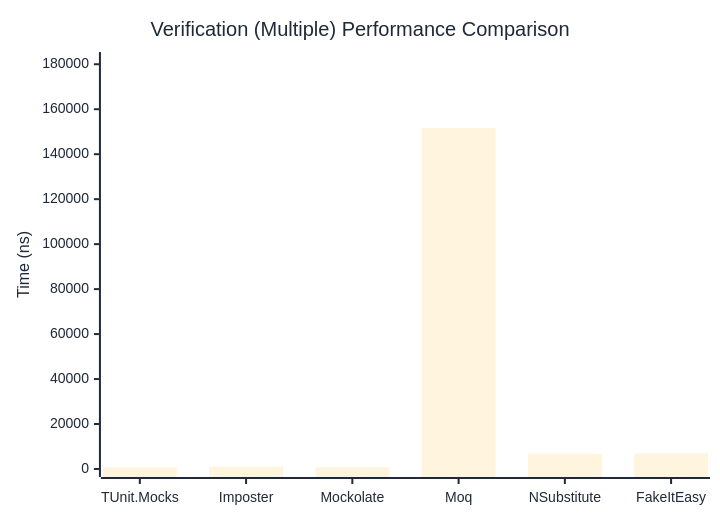
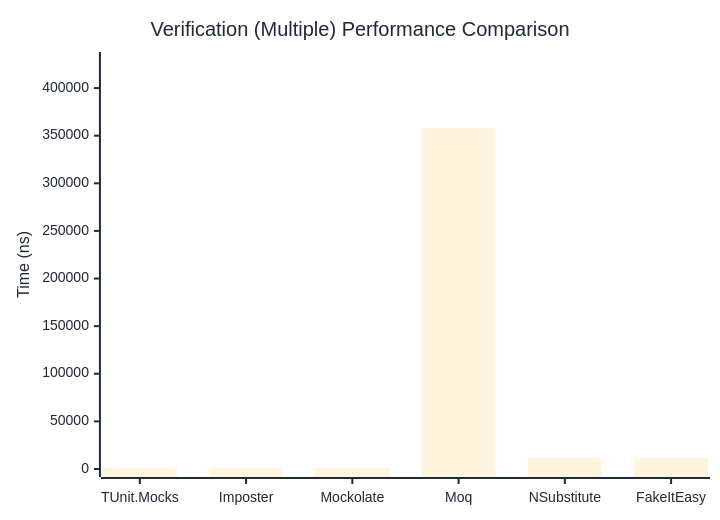
Before and after one commit to thomhurst/TUnit: the third of 3 diagrams in docs/docs/benchmarks/mocks/Verification.md, drawn with Mermaid. The commit also changed other lines of this file and 14 other files, not shown here.

````diff
--- a/docs/docs/benchmarks/mocks/Verification.md
+++ b/docs/docs/benchmarks/mocks/Verification.md
@@ -112,27 +112,27 @@
 ```mermaid
 %%{init: {
   'theme':'base',
   'themeVariables': {
     'primaryColor': '#2563eb',
     'primaryTextColor': '#1f2937',
     'primaryBorderColor': '#1e40af',
     'lineColor': '#6b7280',
     'secondaryColor': '#7c3aed',
     'tertiaryColor': '#dc2626',
     'background': '#ffffff',
     'pie1': '#2563eb',
     'pie2': '#7c3aed',
     'pie3': '#dc2626',
     'pie4': '#f59e0b',
     'pie5': '#10b981',
     'pie6': '#06b6d4',
     'pie7': '#ec4899',
     'pie8': '#6366f1'
   }
 }}%%
 xychart-beta
   title "Verification (Multiple) Performance Comparison"
   x-axis ["TUnit.Mocks", "Imposter", "Mockolate", "Moq", "NSubstitute", "FakeItEasy"]
-  y-axis "Time (ns)" 0 --> 181889
-  bar [810.65, 1019.41, 697.51, 151573.6, 6773.25, 6865.45]
+  y-axis "Time (ns)" 0 --> 429486
+  bar [1289.65, 820.58, 1123.51, 357904.59, 11547.05, 11783.62]
 ```
````
